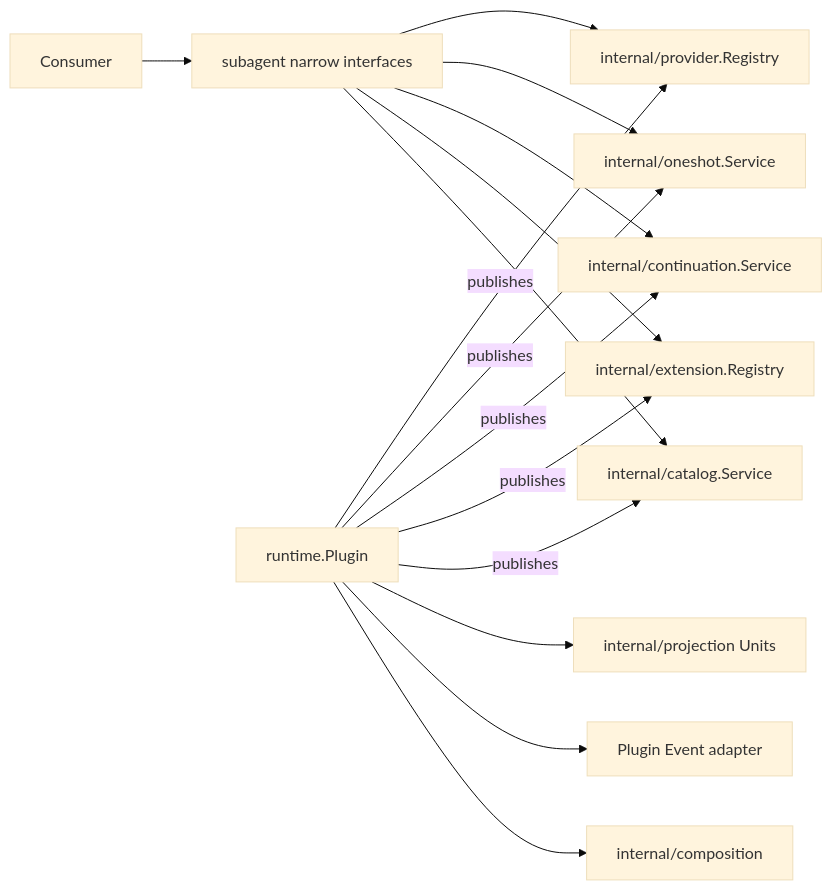
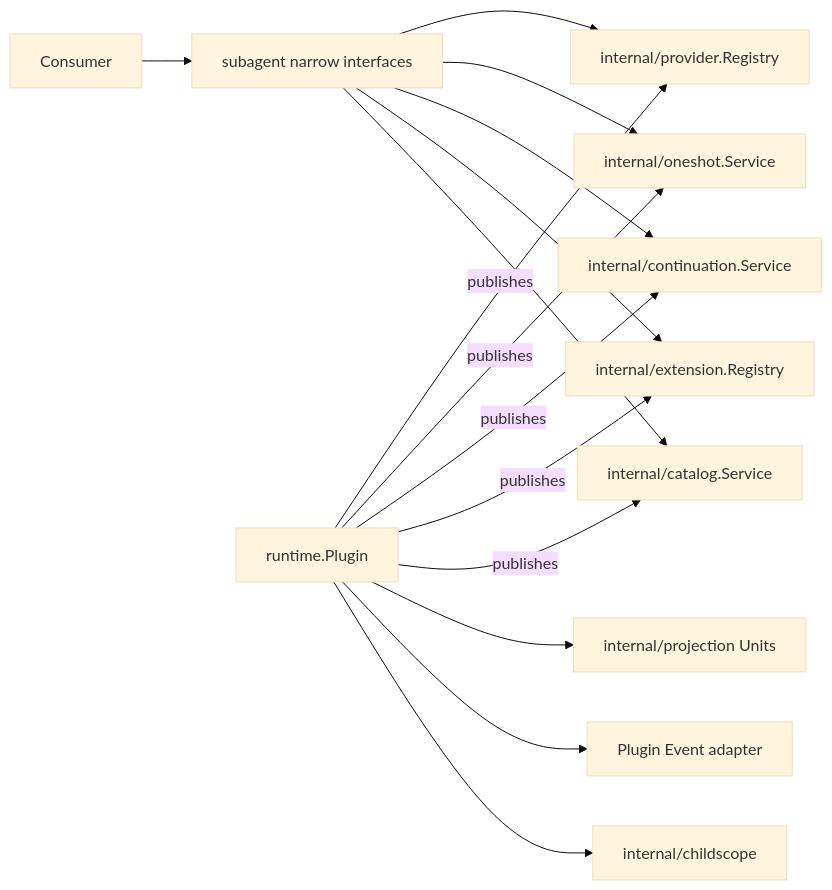
Before and after one commit to gorenx/goren: the diagram in subagent/runtime/README.zh-CN.md, drawn with Mermaid (base theme). The commit also changed 20 other files, not shown here.

````diff
--- a/subagent/runtime/README.zh-CN.md
+++ b/subagent/runtime/README.zh-CN.md
@@ -7,17 +7,17 @@
 ```mermaid
 flowchart LR
     Consumer --> Contracts[subagent narrow interfaces]
     Plugin[runtime.Plugin] -->|publishes| Provider[internal/provider.Registry]
     Plugin -->|publishes| OneShot[internal/oneshot.Service]
     Plugin -->|publishes| Continuation[internal/continuation.Service]
     Plugin -->|publishes| Extension[internal/extension.Registry]
     Plugin -->|publishes| Catalog[internal/catalog.Service]
     Contracts --> Provider
     Contracts --> OneShot
     Contracts --> Continuation
     Contracts --> Extension
     Contracts --> Catalog
     Plugin --> Projection[internal/projection Units]
     Plugin --> Events[Plugin Event adapter]
-    Plugin --> Composition[internal/composition]
+    Plugin --> ChildScope[internal/childscope]
 ```
````
